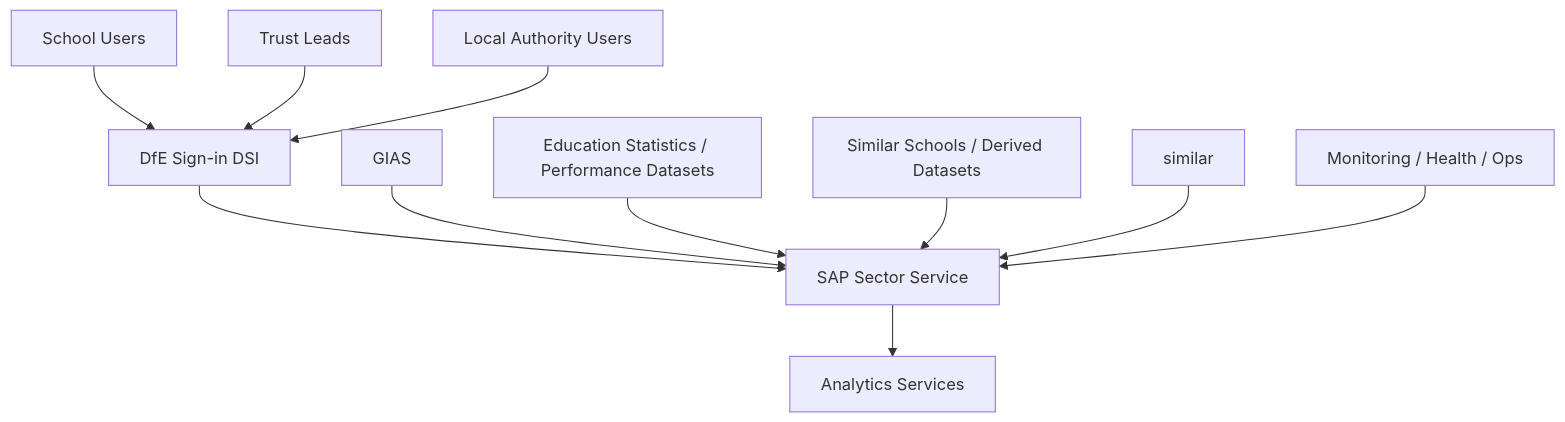
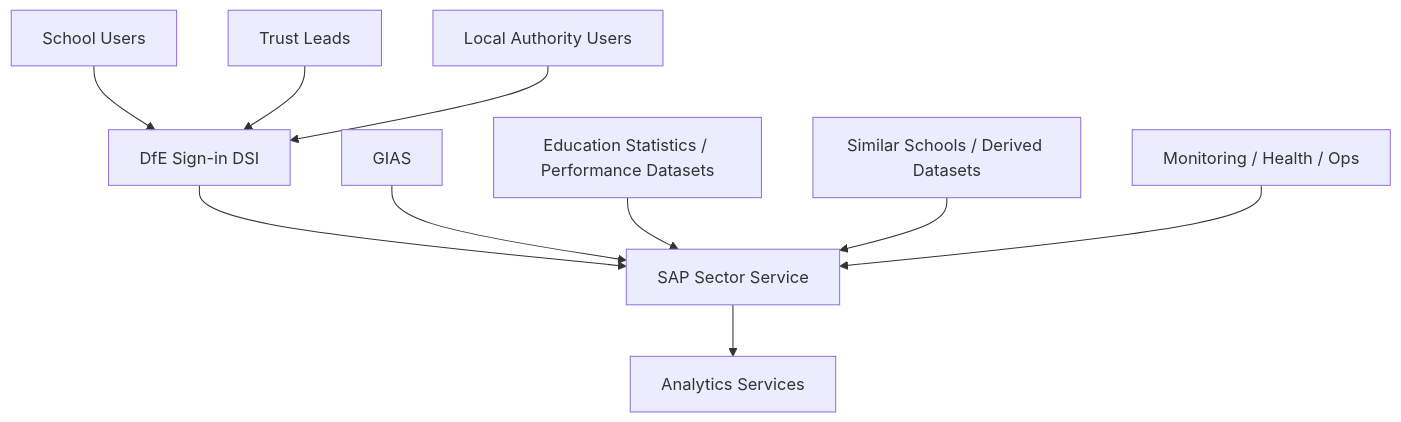
Before and after one commit to DFE-Digital/sap-sector: the first of 3 diagrams in docs/architecture/high-level-design.md, drawn with Mermaid. The commit also changed other lines of this file and 2 other files, not shown here.

````diff
--- a/docs/architecture/high-level-design.md
+++ b/docs/architecture/high-level-design.md
@@ -315,29 +313,29 @@
 ```mermaid
 flowchart TB
     school[School Users]
     trust[Trust Leads]
     la[Local Authority Users]
 
     dsi[DfE Sign-in DSI]
     sap[SAP Sector Service]
 
     gias[GIAS]
     ees[Education Statistics / Performance Datasets]
     ofsted[Similar Schools / Derived Datasets]
 
     monitor[Monitoring / Health / Ops]
     analytics[Analytics Services]
 
     school --> dsi
     trust --> dsi
     la --> dsi
     dsi --> sap
 
     gias --> sap
     ees --> sap
     ofsted --> sap
-    similar --> sap
+
 
     sap --> analytics
     monitor --> sap
 ```
````
